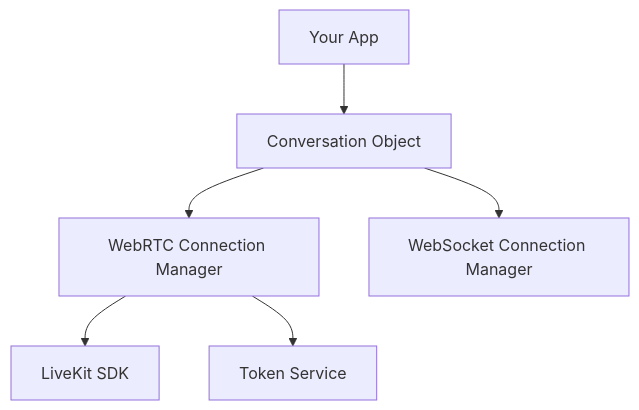
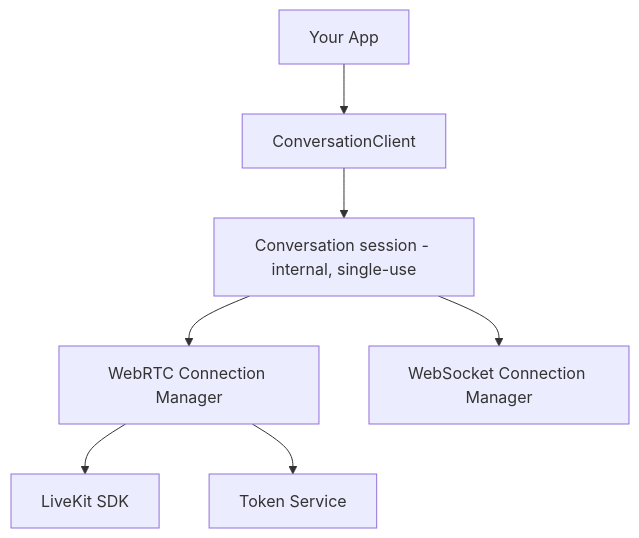
The diagram in README.md (elevenlabs/elevenlabs-swift-sdk), drawn with Mermaid before and after one commit. The commit also changed other lines of this file and 127 other files, not shown here.

````diff
--- a/README.md
+++ b/README.md
@@ -252,8 +249,9 @@
 ```mermaid
 graph TD
-    App[Your App] --> Conversation[Conversation Object]
+    App[Your App] --> ConversationClient[ConversationClient]
+    ConversationClient --> Conversation[Conversation session - internal, single-use]
     Conversation --> WebRTCConnectionManager[WebRTC Connection Manager]
     Conversation --> WebSocketConnectionManager[WebSocket Connection Manager]
     WebRTCConnectionManager --> LiveKit[LiveKit SDK]
     WebRTCConnectionManager --> TokenService[Token Service]
 ```
````
